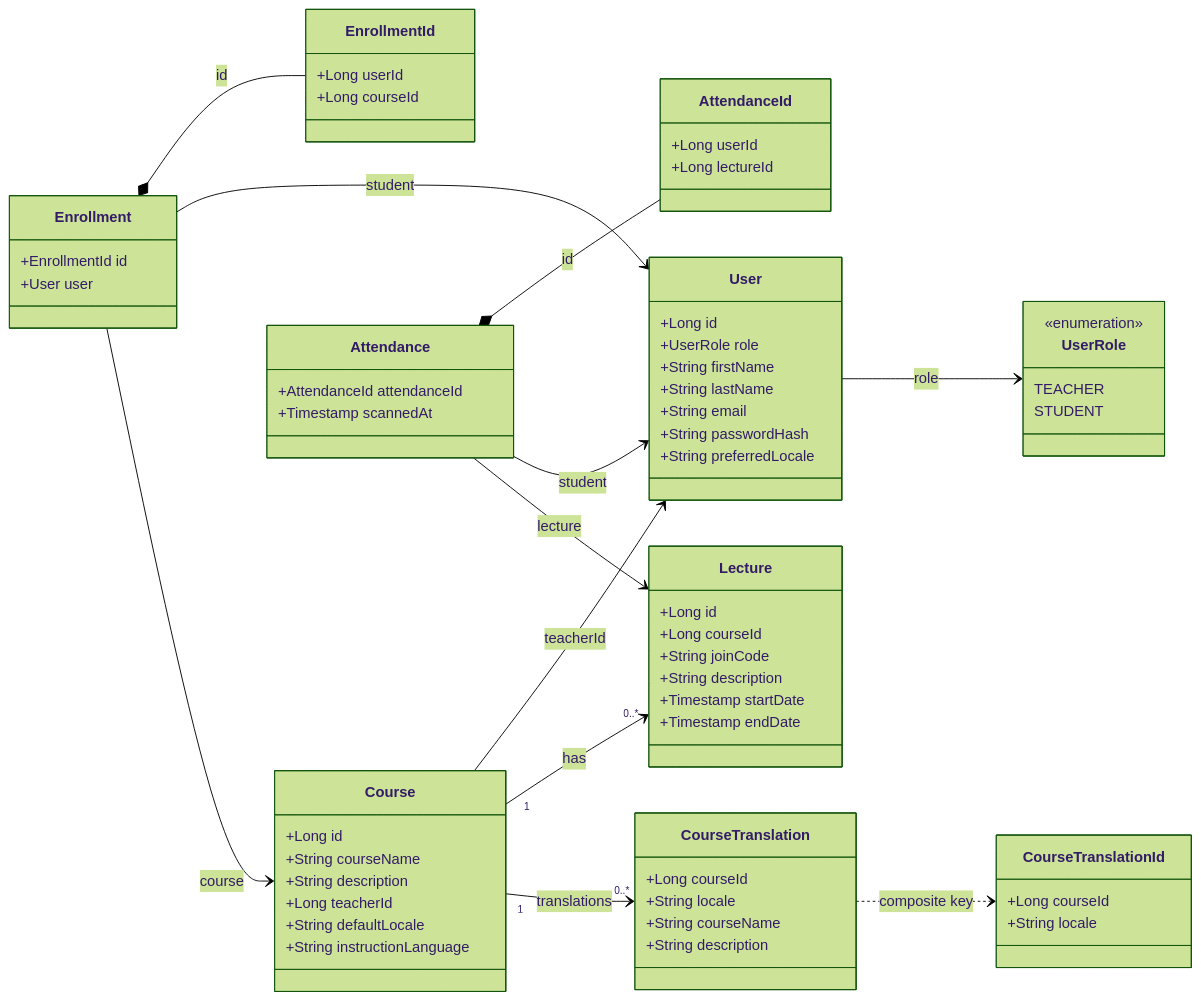
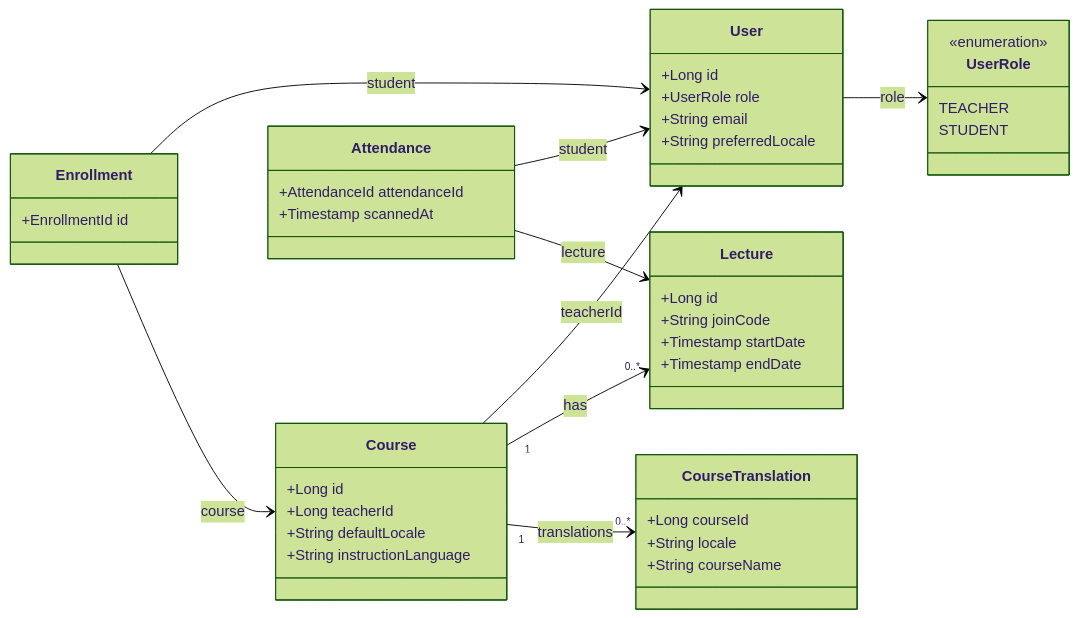
Before and after one commit to SeoBlack/Attendance: the first of 3 diagrams in docs/diagrams/CLASS_DIAGRAM.md, drawn with Mermaid (forest theme). The commit also changed other lines of this file, not shown here.

````diff
--- a/docs/diagrams/CLASS_DIAGRAM.md
+++ b/docs/diagrams/CLASS_DIAGRAM.md
@@ -11,10 +11,7 @@
 class User {
   +Long id
   +UserRole role
-  +String firstName
-  +String lastName
   +String email
-  +String passwordHash
   +String preferredLocale
 }
 
@@ -26,8 +23,6 @@
 
 class Course {
   +Long id
-  +String courseName
-  +String description
   +Long teacherId
   +String defaultLocale
   +String instructionLanguage
@@ -37,31 +32,17 @@
   +Long courseId
   +String locale
   +String courseName
-  +String description
-}
-
-class CourseTranslationId {
-  +Long courseId
-  +String locale
 }
 
 class Lecture {
   +Long id
-  +Long courseId
   +String joinCode
-  +String description
   +Timestamp startDate
   +Timestamp endDate
 }
 
 class Enrollment {
   +EnrollmentId id
-  +User user
-}
-
-class EnrollmentId {
-  +Long userId
-  +Long courseId
 }
 
 class Attendance {
@@ -69,22 +50,12 @@
   +Timestamp scannedAt
 }
 
-class AttendanceId {
-  +Long userId
-  +Long lectureId
-}
-
 User --> UserRole : role
 Course --> User : teacherId
 Course "1" --> "0..*" Lecture : has
 Course "1" --> "0..*" CourseTranslation : translations
-CourseTranslation ..> CourseTranslationId : composite key
-
-Enrollment *-- EnrollmentId : id
 Enrollment --> User : student
 Enrollment --> Course : course
-
-Attendance *-- AttendanceId : id
 Attendance --> User : student
 Attendance --> Lecture : lecture
 ```
````
